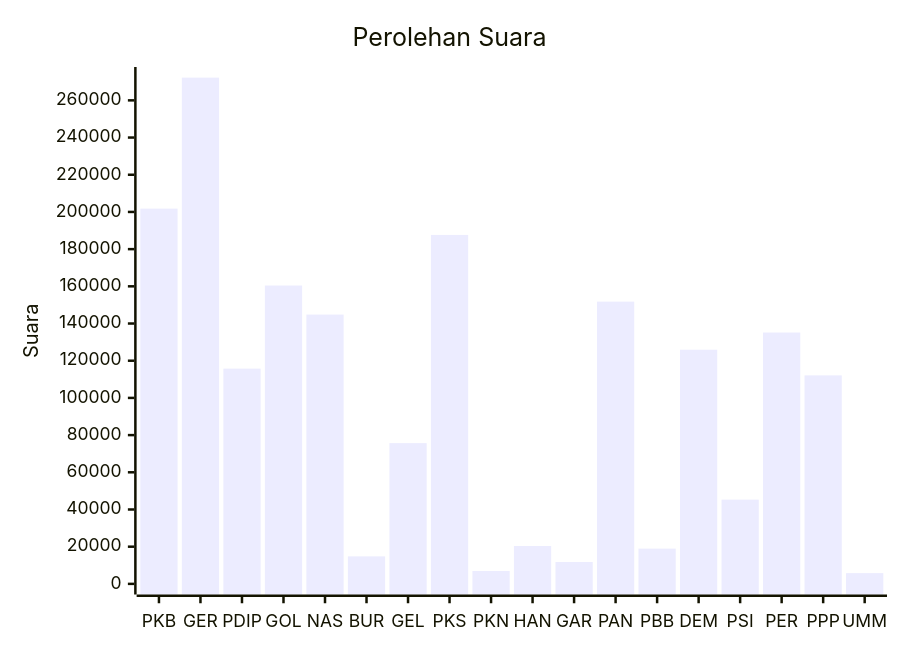
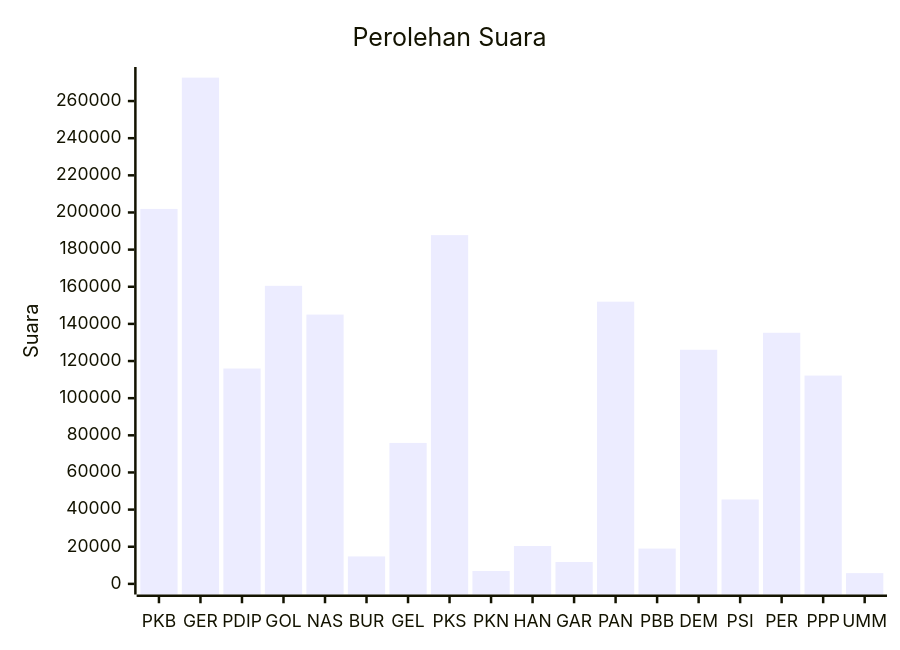
One commit to gigit-pemilu/pemilu-2024 changed the diagram in pileg-dpr/hitung-suara/sub/table-wilayah-52.md. Above: the diagram before and after it, drawn with Mermaid. The commit also changed other lines of this file and 25 other files, not shown here.

````diff
--- a/pileg-dpr/hitung-suara/sub/table-wilayah-52.md
+++ b/pileg-dpr/hitung-suara/sub/table-wilayah-52.md
@@ -7,7 +7,7 @@
 ```mermaid
 xychart-beta
     title "Perolehan Suara"
     x-axis [PKB, GER, PDIP, GOL, NAS, BUR, GEL, PKS, PKN, HAN, GAR, PAN, PBB, DEM, PSI, PER, PPP, UMM]
-    y-axis "Suara" 0 --> 272225
-    bar [201780, 272225, 115748, 160425, 144808, 14783, 75682, 187643, 6943, 20362, 11784, 151781, 18965, 125907, 45307, 135156, 112103, 5788]
+    y-axis "Suara" 0 --> 272615
+    bar [201905, 272615, 115977, 160506, 145003, 14791, 75891, 187807, 6956, 20380, 11795, 151965, 19001, 126050, 45438, 135209, 112173, 5794]
 ```
````
